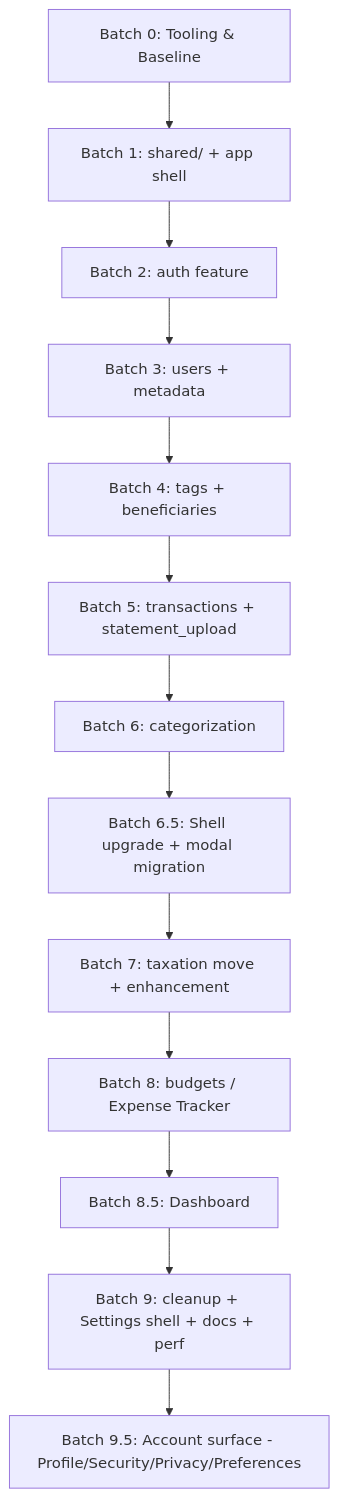
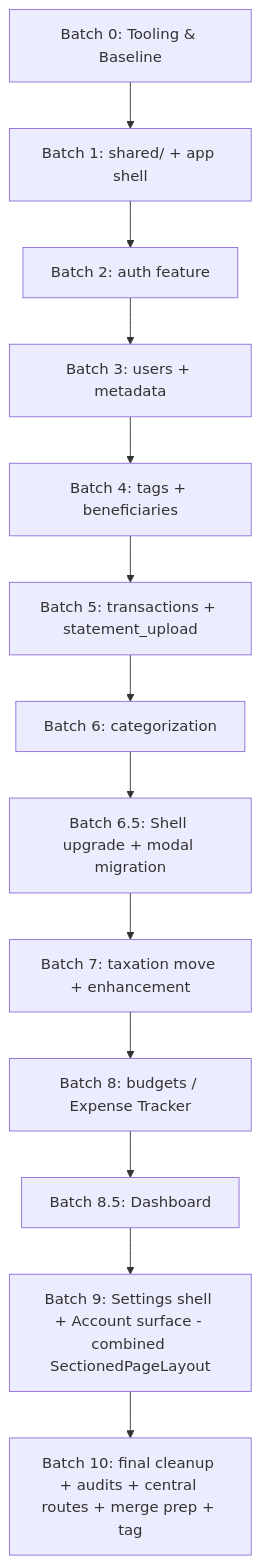
Before and after one commit to RSolank/frontend: the diagram in docs/refactor/implementation_plan.md, drawn with Mermaid. The commit also changed other lines of this file and 30 other files, not shown here.

````diff
--- a/docs/refactor/implementation_plan.md
+++ b/docs/refactor/implementation_plan.md
@@ -68,15 +68,15 @@
 ```mermaid
 graph TD
     A[Batch 0: Tooling & Baseline] --> B[Batch 1: shared/ + app shell]
     B --> C[Batch 2: auth feature]
     C --> D[Batch 3: users + metadata]
     D --> E[Batch 4: tags + beneficiaries]
     E --> F[Batch 5: transactions + statement_upload]
     F --> G[Batch 6: categorization]
     G --> G2[Batch 6.5: Shell upgrade + modal migration]
     G2 --> H[Batch 7: taxation move + enhancement]
     H --> I[Batch 8: budgets / Expense Tracker]
     I --> I2[Batch 8.5: Dashboard]
-    I2 --> J[Batch 9: cleanup + Settings shell + docs + perf]
-    J --> J2[Batch 9.5: Account surface - Profile/Security/Privacy/Preferences]
+    I2 --> J[Batch 9: Settings shell + Account surface - combined SectionedPageLayout]
+    J --> K[Batch 10: final cleanup + audits + central routes + merge prep + tag]
 ```
````
